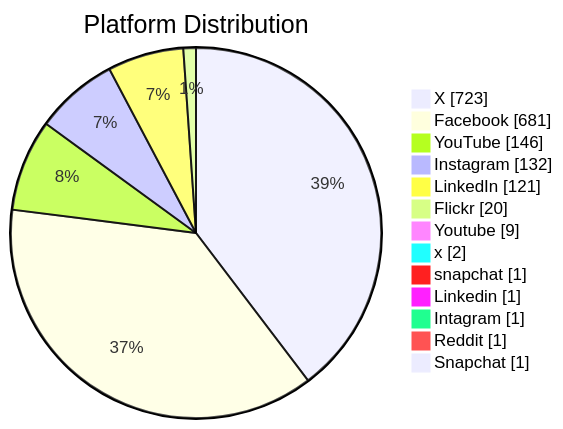
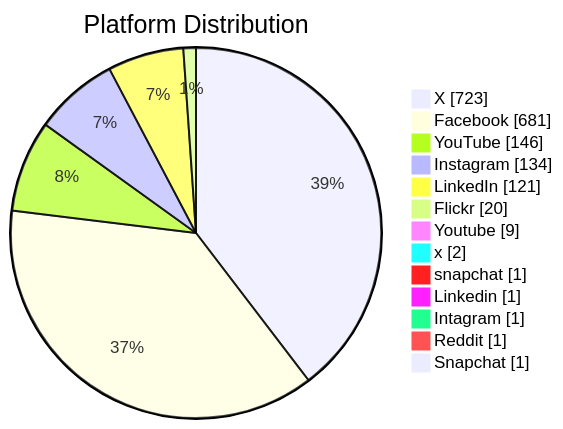
One commit to PatLittle/GC-Socials changed the second of 6 diagrams in README.md. Above: the diagram before and after it, drawn with Mermaid. The commit also changed other lines of this file, not shown here.

Commit message:
Update README with Platform Distribution pie chart

````diff
--- a/README.md
+++ b/README.md
@@ -46,16 +46,16 @@
 ```mermaid
 pie showData title Platform Distribution
     "X": 723
     "Facebook": 681
     "YouTube": 146
-    "Instagram": 132
+    "Instagram": 134
     "LinkedIn": 121
     "Flickr": 20
     "Youtube": 9
     "x": 2
     "snapchat": 1
     "Linkedin": 1
     "Intagram": 1
     "Reddit": 1
     "Snapchat": 1
 ```
````
